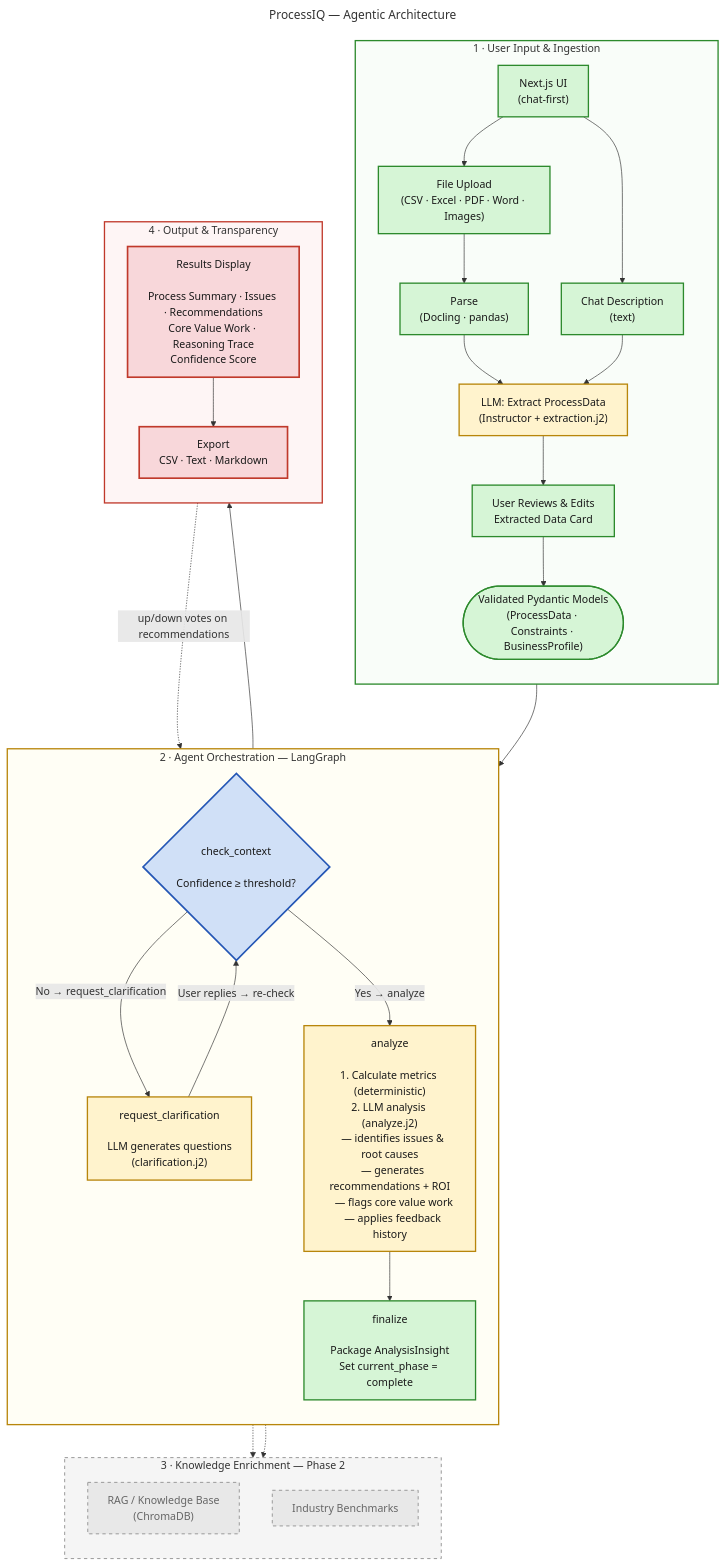
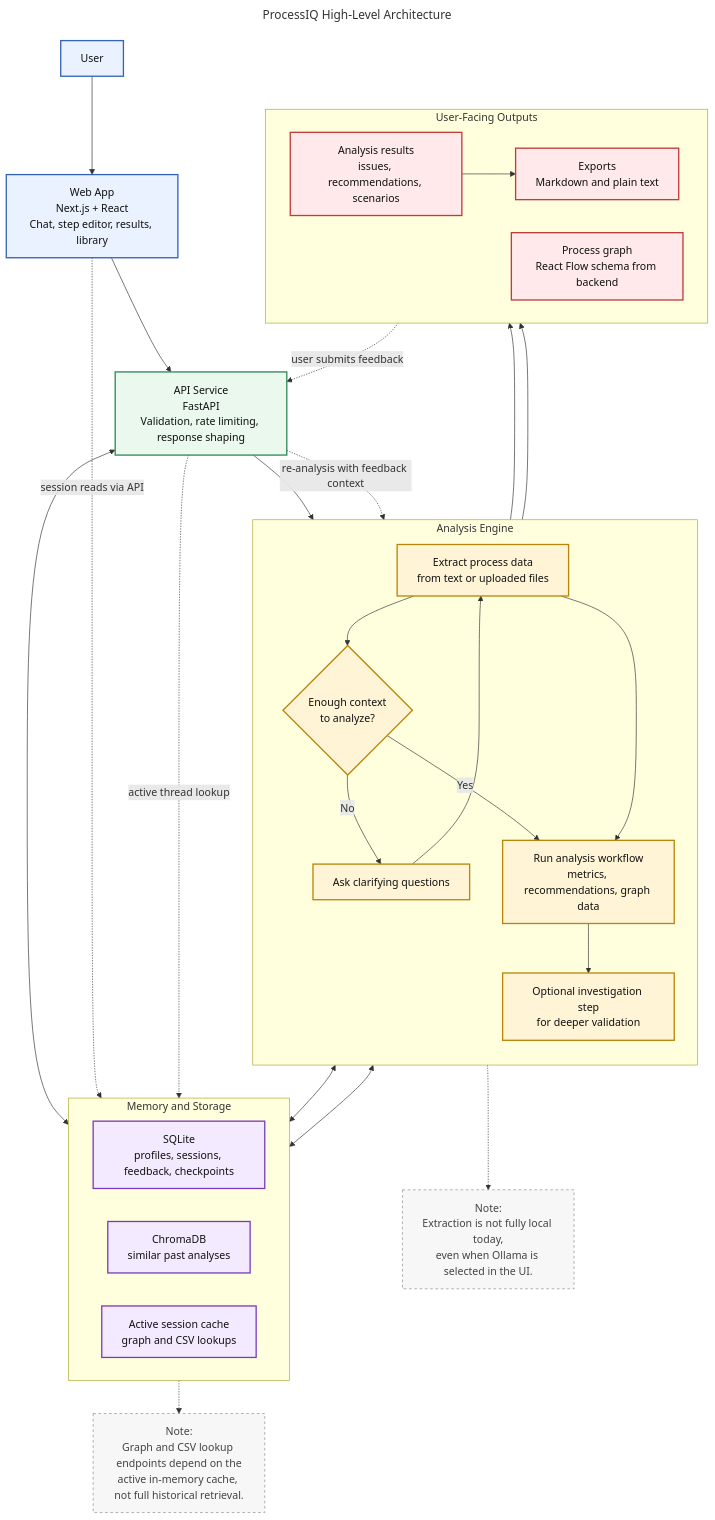
One commit to SkybrushThriftwood/processIQ changed the diagram in docs/architecture_diagram.mmd. Above: the diagram before and after it, drawn with Mermaid. The commit also changed 5 other files, not shown here.

Commit message:
docs: revise architecture diagram, add agent flow diagram, and export SVGs

```diff
--- a/docs/architecture_diagram.mmd
+++ b/docs/architecture_diagram.mmd
@@ -1,74 +1,69 @@
 ---
-title: ProcessIQ — Agentic Architecture
+title: ProcessIQ High-Level Architecture
 ---
-flowchart TD
-    %% Styling
-    classDef deterministic fill:#d6f5d6,stroke:#2d8a2d,stroke-width:2px,color:#1a1a1a
-    classDef agentic fill:#fff3cd,stroke:#b8860b,stroke-width:2px,color:#1a1a1a
-    classDef decision fill:#d0e0f7,stroke:#2456b5,stroke-width:2.5px,color:#1a1a1a
-    classDef output fill:#f8d7da,stroke:#c0392b,stroke-width:2.5px,color:#1a1a1a
-    classDef phase2 fill:#e8e8e8,stroke:#999,stroke-width:1.5px,stroke-dasharray:5 5,color:#666
+flowchart TB
+    classDef surface fill:#EAF2FF,stroke:#3563B7,stroke-width:2px,color:#111
+    classDef service fill:#EAF8EE,stroke:#2E8B57,stroke-width:2px,color:#111
+    classDef intelligence fill:#FFF4D6,stroke:#B8860B,stroke-width:2px,color:#111
+    classDef storage fill:#F4EAFF,stroke:#7A3DB8,stroke-width:2px,color:#111
+    classDef result fill:#FFE9EA,stroke:#C23B3B,stroke-width:2px,color:#111
+    classDef note fill:#F7F7F7,stroke:#888,stroke-width:1px,color:#444,stroke-dasharray:4 4
 
-    %% ── 1. INPUT & INGESTION ──
-    subgraph Ingestion ["1 · User Input & Ingestion"]
+    USER["User"]:::surface
+
+    APP["Web App<br/>Next.js + React<br/>Chat, step editor, results, library"]:::surface
+
+    API["API Service<br/>FastAPI<br/>Validation, rate limiting, response shaping"]:::service
+
+    subgraph ENGINE["Analysis Engine"]
         direction TB
-        UI["Next.js UI<br>(chat-first)"]:::deterministic
-        FILES["File Upload<br>(CSV · Excel · PDF · Word · Images)"]:::deterministic
-        CHAT["Chat Description<br>(text)"]:::deterministic
+        EXTRACT["Extract process data<br/>from text or uploaded files"]:::intelligence
+        GATE{"Enough context<br/>to analyze?"}:::intelligence
+        ANALYZE["Run analysis workflow<br/>metrics, recommendations, graph data"]:::intelligence
+        INVESTIGATE["Optional investigation step<br/>for deeper validation"]:::intelligence
 
-        UI --> FILES
-        UI --> CHAT
-
-        FILES --> PARSE["Parse<br>(Docling · pandas)"]:::deterministic
-        PARSE --> EXTRACT
-        CHAT --> EXTRACT["LLM: Extract ProcessData<br>(Instructor + extraction.j2)"]:::agentic
-        EXTRACT --> REVIEW["User Reviews &amp; Edits<br>Extracted Data Card"]:::deterministic
-        REVIEW --> VALID
-
-        VALID(["Validated Pydantic Models<br>(ProcessData · Constraints · BusinessProfile)"]):::deterministic
+        EXTRACT --> GATE
+        GATE -- "No" --> ASK["Ask clarifying questions"]:::intelligence
+        ASK --> EXTRACT
+        GATE -- "Yes" --> ANALYZE
+        ANALYZE --> INVESTIGATE
     end
 
-    %% ── 2. AGENT CORE (LANGGRAPH) ──
-    subgraph Agent ["2 · Agent Orchestration — LangGraph"]
-        direction TB
-
-        CTX{"check_context<br><br>Confidence ≥ threshold?"}:::decision
-        CTX -- "No → request_clarification" --> CLARIFY["request_clarification<br><br>LLM generates questions<br>(clarification.j2)"]:::agentic
-        CLARIFY -- "User replies → re-check" --> CTX
-
-        CTX -- "Yes → analyze" --> ANALYZE["analyze<br><br>1. Calculate metrics (deterministic)<br>2. LLM analysis (analyze.j2)<br>   — identifies issues &amp; root causes<br>   — generates recommendations + ROI<br>   — flags core value work<br>   — applies feedback history"]:::agentic
-
-        ANALYZE --> FINALIZE["finalize<br><br>Package AnalysisInsight<br>Set current_phase = complete"]:::deterministic
+    subgraph DATA["Memory and Storage"]
+        direction LR
+        SQLITE["SQLite<br/>profiles, sessions, feedback, checkpoints"]:::storage
+        CHROMA["ChromaDB<br/>similar past analyses"]:::storage
+        CACHE["Active session cache<br/>graph and CSV lookups"]:::storage
     end
 
-    %% ── 3. KNOWLEDGE ENRICHMENT (Phase 2) ──
-    subgraph Knowledge ["3 · Knowledge Enrichment — Phase 2"]
-        direction TB
-        RAG["RAG / Knowledge Base<br>(ChromaDB)"]:::phase2
-        BENCH["Industry Benchmarks"]:::phase2
+    subgraph OUTPUTS["User-Facing Outputs"]
+        direction LR
+        INSIGHT["Analysis results<br/>issues, recommendations, scenarios"]:::result
+        GRAPH["Process graph<br/>React Flow schema from backend"]:::result
+        EXPORTS["Exports<br/>Markdown and plain text"]:::result
     end
 
-    %% ── 4. OUTPUT ──
-    subgraph Output ["4 · Output & Transparency"]
-        direction TB
-        RESULT["Results Display<br><br>Process Summary · Issues · Recommendations<br>Core Value Work · Reasoning Trace<br>Confidence Score"]:::output
-        EXPORT["Export<br>CSV · Text · Markdown"]:::output
-        RESULT --> EXPORT
-    end
+    USER --> APP
+    APP --> API
+    API --> EXTRACT
+    EXTRACT --> ANALYZE
 
-    %% ── Cross-subgraph connections ──
-    VALID --> CTX
-    FINALIZE --> RESULT
+    ANALYZE --> INSIGHT
+    ANALYZE --> GRAPH
+    INSIGHT --> EXPORTS
 
-    %% Feedback loop (session-scoped)
-    EXPORT -. "up/down votes on recommendations" .-> ANALYZE
+    ANALYZE <--> SQLITE
+    ANALYZE <--> CHROMA
+    API <--> CACHE
 
-    %% Phase 2
-    CLARIFY -.-> RAG
-    CLARIFY -.-> BENCH
+    INSIGHT -. "user submits feedback" .-> API
+    API -. "re-analysis with feedback context" .-> ANALYZE
 
-    %% ── Subgraph styling ──
-    style Ingestion fill:#f9fdf9,stroke:#2d8a2d,stroke-width:2px
-    style Agent fill:#fffef5,stroke:#b8860b,stroke-width:2px
-    style Knowledge fill:#f5f5f5,stroke:#999,stroke-width:1.5px,stroke-dasharray:5 5
-    style Output fill:#fef5f5,stroke:#c0392b,stroke-width:2px
+    APP -. "session reads via API" .-> SQLITE
+    API -. "active thread lookup" .-> CACHE
+
+    OLLAMA_NOTE["Note:<br/>Extraction is not fully local today,<br/>even when Ollama is selected in the UI."]:::note
+    CACHE_NOTE["Note:<br/>Graph and CSV lookup endpoints depend on the<br/>active in-memory cache, not full historical retrieval."]:::note
+
+    EXTRACT -.-> OLLAMA_NOTE
+    CACHE -.-> CACHE_NOTE
```
